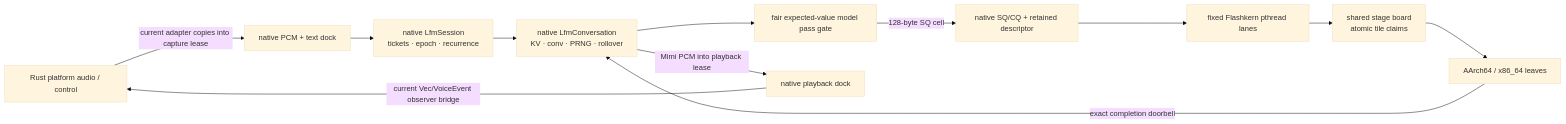
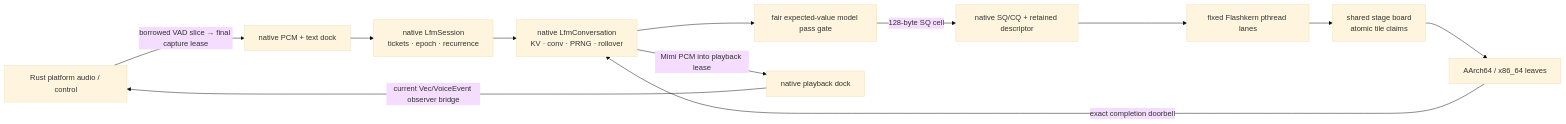
The diagram in crates/liquid-audio/docs/DECODE_ENGINE.md (SolaceHarmony/emberharmony), drawn with Mermaid (base theme) before and after one commit. The commit also changed other lines of this file and 17 other files, not shown here.

````diff
--- a/crates/liquid-audio/docs/DECODE_ENGINE.md
+++ b/crates/liquid-audio/docs/DECODE_ENGINE.md
@@ -67,14 +67,14 @@
 ```mermaid
 flowchart LR
-    Host["Rust platform audio / control"] -->|"current adapter copies into capture lease"| Dock["native PCM + text dock"]
+    Host["Rust platform audio / control"] -->|"borrowed VAD slice → final capture lease"| Dock["native PCM + text dock"]
     Dock --> Session["native LfmSession<br/>tickets · epoch · recurrence"]
     Session --> Conv["native LfmConversation<br/>KV · conv · PRNG · rollover"]
     Conv --> Gate["fair expected-value model pass gate"]
     Gate -->|"128-byte SQ cell"| Bridge["native SQ/CQ + retained descriptor"]
     Bridge --> Team["fixed Flashkern pthread lanes"]
     Team --> Board["shared stage board<br/>atomic tile claims"]
     Board --> Kernels["AArch64 / x86_64 leaves"]
     Kernels -->|"exact completion doorbell"| Conv
     Conv -->|"Mimi PCM into playback lease"| Playback["native playback dock"]
     Playback -->|"current Vec/VoiceEvent observer bridge"| Host
 ```
````
